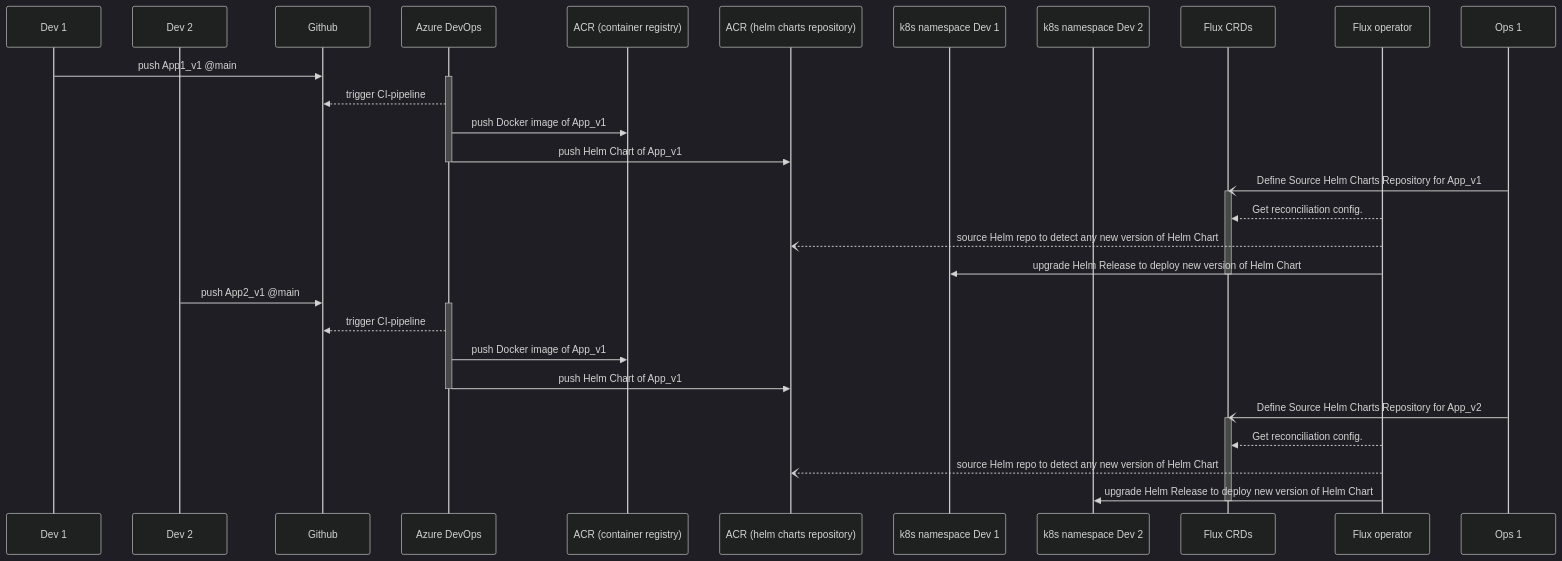
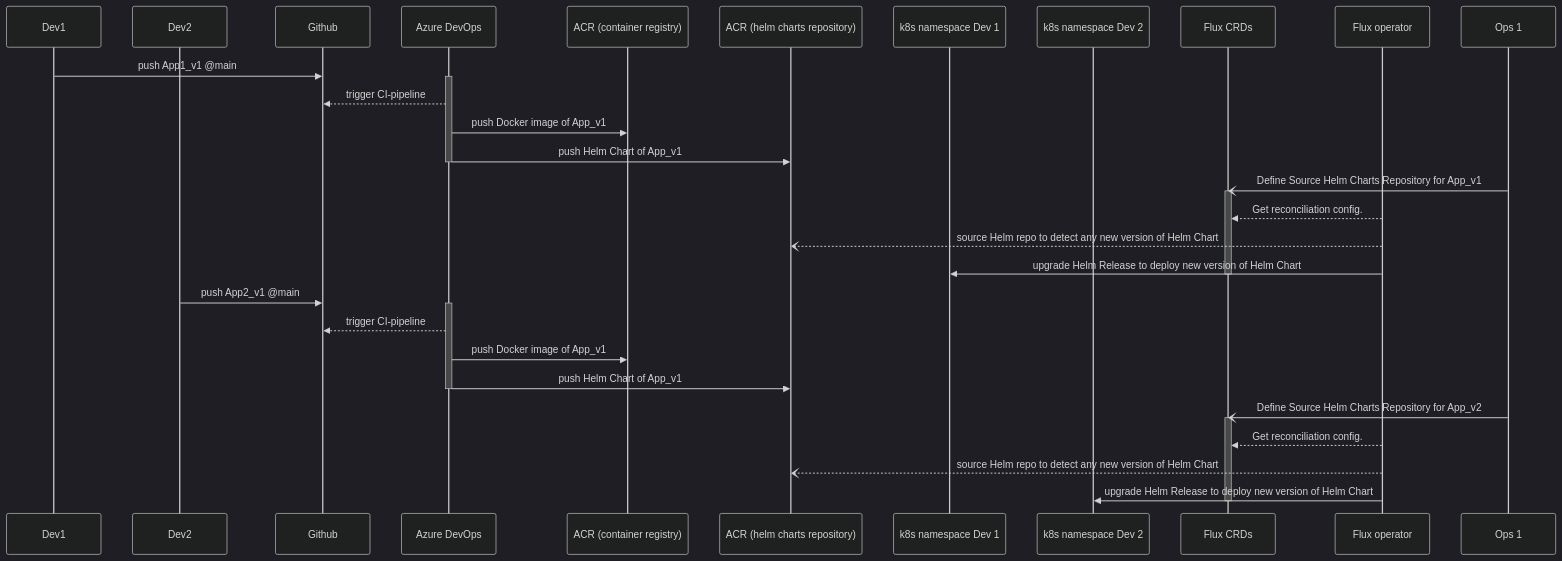
The diagram in README.md (one-kubernetes/workshop), drawn with Mermaid (dark theme) before and after one commit. The commit also changed other lines of this file and 4 other files, not shown here.

````diff
--- a/README.md
+++ b/README.md
@@ -40,40 +40,40 @@
 ```mermaid
 sequenceDiagram
-    participant d1 as Dev 1
-    participant d2 as Dev 2
+    participant d1 as Dev1
+    participant d2 as Dev2
     participant git as Github
     participant azd as Azure DevOps
     participant acr as ACR (container registry)
     participant acrh as ACR (helm charts repository)
     participant k8sd1 as k8s namespace Dev 1
     participant k8sd2 as k8s namespace Dev 2
     participant fcrd as Flux CRDs
     participant fope as Flux operator
     participant o1 as Ops 1
 
     d1->>git: push App1_v1 @main
     Activate azd
     azd-->>git: trigger CI-pipeline
     azd->>acr: push Docker image of App_v1
     azd->>acrh: push Helm Chart of App_v1
     Deactivate azd
     o1-)fcrd: Define Source Helm Charts Repository for App_v1
     Activate fcrd
     fope-->>fcrd: Get reconciliation config.    
     fope--)acrh: source Helm repo to detect any new version of Helm Chart
     fope->>k8sd1: upgrade Helm Release to deploy new version of Helm Chart
     Deactivate fcrd
 
     d2->>git: push App2_v1 @main
     Activate azd
     azd-->>git: trigger CI-pipeline
     azd->>acr: push Docker image of App_v1
     azd->>acrh: push Helm Chart of App_v1
     Deactivate azd
     o1-)fcrd: Define Source Helm Charts Repository for App_v2
     Activate fcrd
     fope-->>fcrd: Get reconciliation config.    
     fope--)acrh: source Helm repo to detect any new version of Helm Chart
     fope->>k8sd2: upgrade Helm Release to deploy new version of Helm Chart
     Deactivate fcrd
 ```
````
